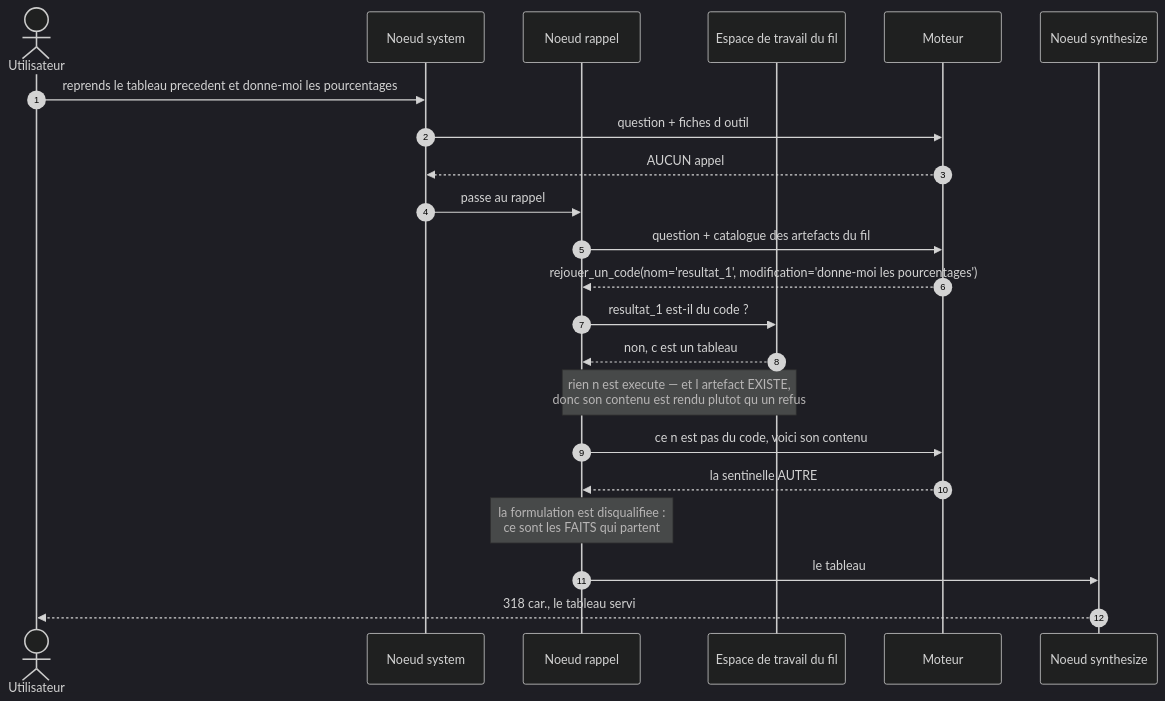
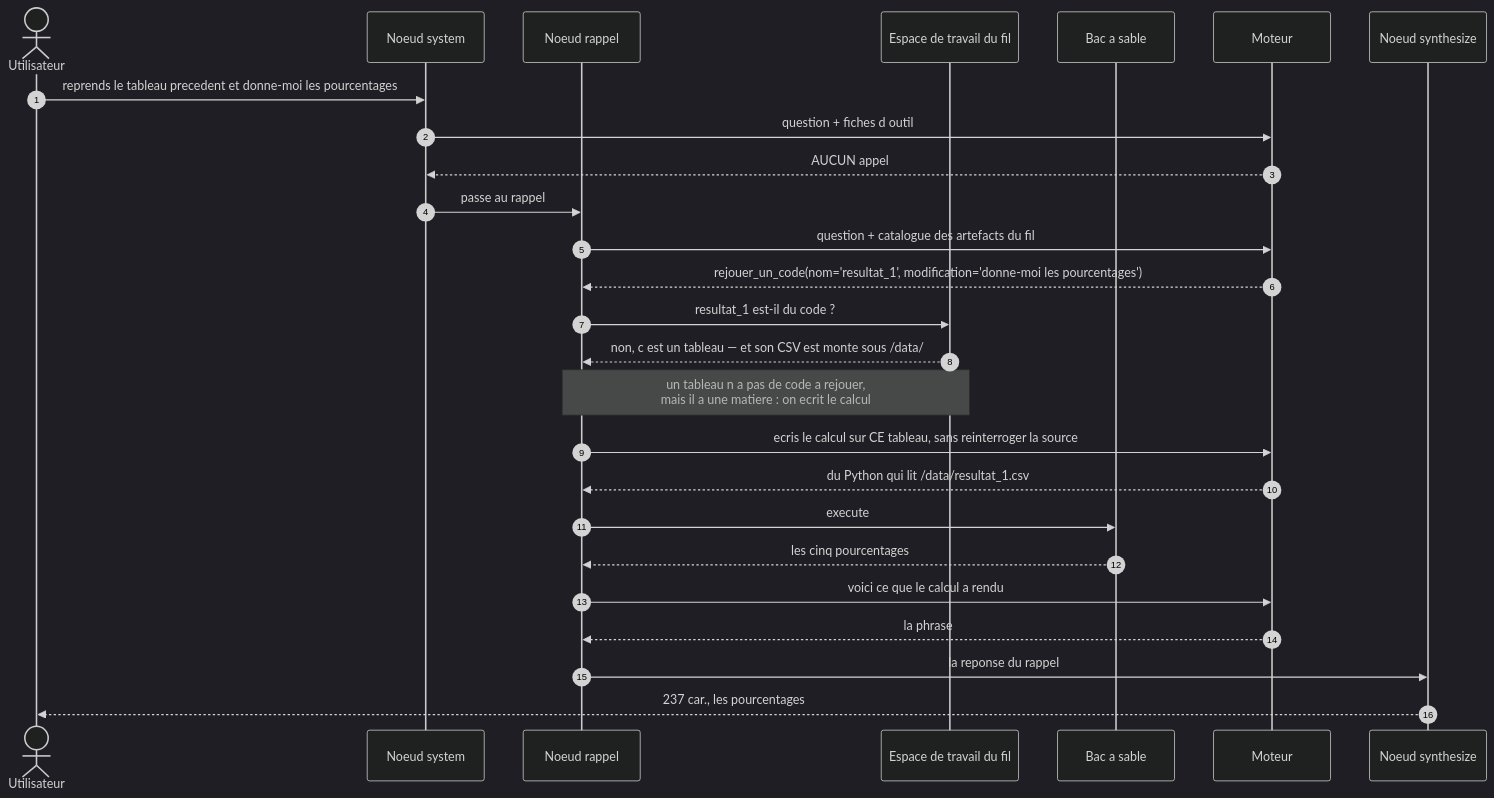
Before and after one commit to floSa/data-analyst-agent: the eighth of 8 diagrams in docs/parcours-de-l-agent.md, drawn with Mermaid (dark theme). The commit also changed other lines of this file and 2 other files, not shown here.

````diff
--- a/docs/parcours-de-l-agent.md
+++ b/docs/parcours-de-l-agent.md
@@ -390,25 +400,29 @@
 ```mermaid
 sequenceDiagram
     autonumber
     actor U as Utilisateur
     participant S as Noeud system
     participant R as Noeud rappel
     participant W as Espace de travail du fil
+    participant B as Bac a sable
     participant M as Moteur
     participant Y as Noeud synthesize
 
     U->>S: reprends le tableau precedent et donne-moi les pourcentages
     S->>M: question + fiches d outil
     M-->>S: AUCUN appel
     S->>R: passe au rappel
     R->>M: question + catalogue des artefacts du fil
     M-->>R: rejouer_un_code(nom='resultat_1', modification='donne-moi les pourcentages')
     R->>W: resultat_1 est-il du code ?
-    W-->>R: non, c est un tableau
-    Note over R,W: rien n est execute — et l artefact EXISTE,<br/>donc son contenu est rendu plutot qu un refus
-    R->>M: ce n est pas du code, voici son contenu
-    M-->>R: la sentinelle AUTRE
-    Note over R: la formulation est disqualifiee :<br/>ce sont les FAITS qui partent
-    R->>Y: le tableau
-    Y-->>U: 318 car., le tableau servi
+    W-->>R: non, c est un tableau — et son CSV est monte sous /data/
+    Note over R,W: un tableau n a pas de code a rejouer,<br/>mais il a une matiere : on ecrit le calcul
+    R->>M: ecris le calcul sur CE tableau, sans reinterroger la source
+    M-->>R: du Python qui lit /data/resultat_1.csv
+    R->>B: execute
+    B-->>R: les cinq pourcentages
+    R->>M: voici ce que le calcul a rendu
+    M-->>R: la phrase
+    R->>Y: la reponse du rappel
+    Y-->>U: 237 car., les pourcentages
 ```
````
